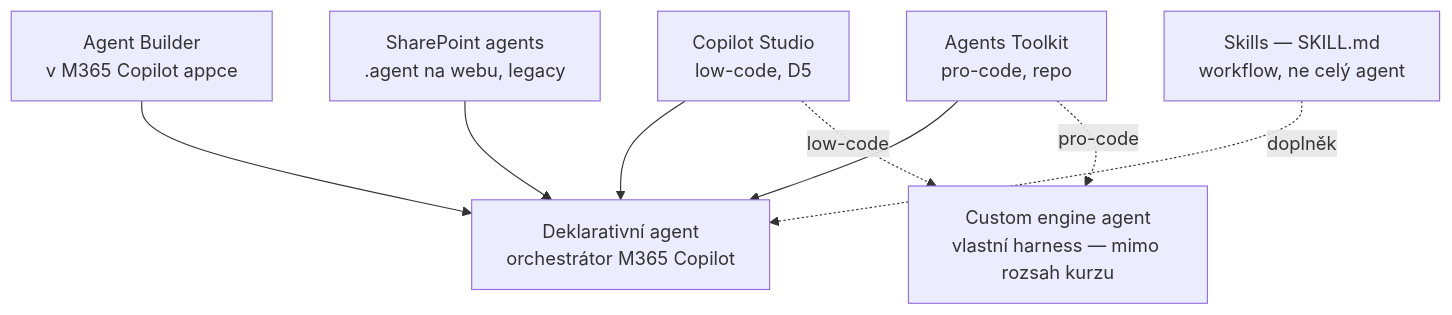
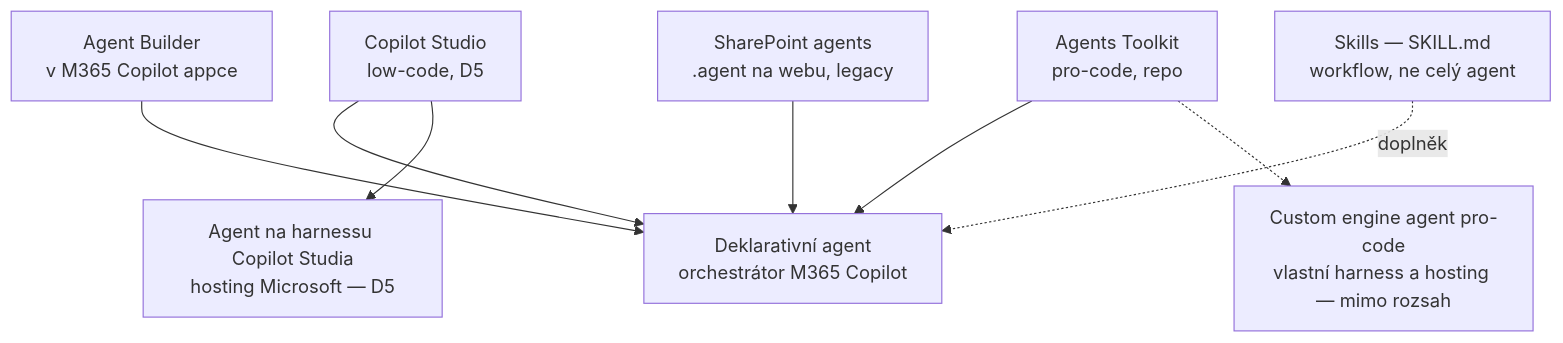
Before and after one commit to MalasekPetr/gopas-goc224: the first of 2 diagrams in day-4/copilot-agents/README.md, drawn with Mermaid. The commit also changed other lines of this file and 4 other files, not shown here.

Commit message:
Agent paths: Copilot Studio builds declarative + own-harness agents; consistent D2/D4 wording

````diff
--- a/day-4/copilot-agents/README.md
+++ b/day-4/copilot-agents/README.md
@@ -41,12 +41,13 @@
 ```mermaid
 flowchart TB
   DA[Deklarativní agent<br>orchestrátor M365 Copilot]
   AB[Agent Builder<br>v M365 Copilot appce] --> DA
   CS[Copilot Studio<br>low-code, D5] --> DA
   ATK[Agents Toolkit<br>pro-code, repo] --> DA
   SPA[SharePoint agents<br>.agent na webu, legacy] --> DA
   SK[Skills — SKILL.md<br>workflow, ne celý agent] -.doplněk.-> DA
-  CE[Custom engine agent<br>vlastní harness — mimo rozsah kurzu]
-  ATK -.pro-code.-> CE
-  CS -.low-code.-> CE
+  CSH[Agent na harnessu Copilot Studia<br>hosting Microsoft — D5]
+  CE[Custom engine agent pro-code<br>vlastní harness a hosting — mimo rozsah]
+  CS --> CSH
+  ATK -.-> CE
 ```
````
